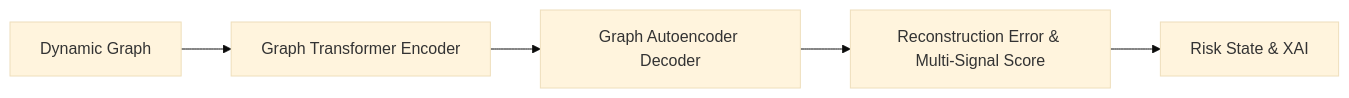
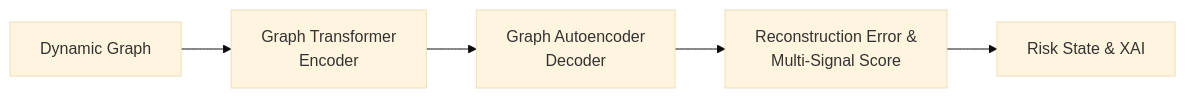
The second of 7 diagrams in README.md (Etrlnx/Vaahan), drawn with Mermaid (base theme) before and after one commit. The commit also changed other lines of this file, not shown here.

Commit message:
docs(readme): wrap long mermaid labels and tidy problem statement and section headings

````diff
--- a/README.md
+++ b/README.md
@@ -121,8 +119,8 @@
 ```mermaid
 flowchart LR
 
-A[Dynamic Graph] --> B[Graph Transformer Encoder]
-B --> C[Graph Autoencoder Decoder]
-C --> D[Reconstruction Error & Multi-Signal Score]
+A[Dynamic Graph] --> B["Graph Transformer<br/>Encoder"]
+B --> C["Graph Autoencoder<br/>Decoder"]
+C --> D["Reconstruction Error &<br/>Multi-Signal Score"]
 D --> E[Risk State & XAI]
 ```
````
